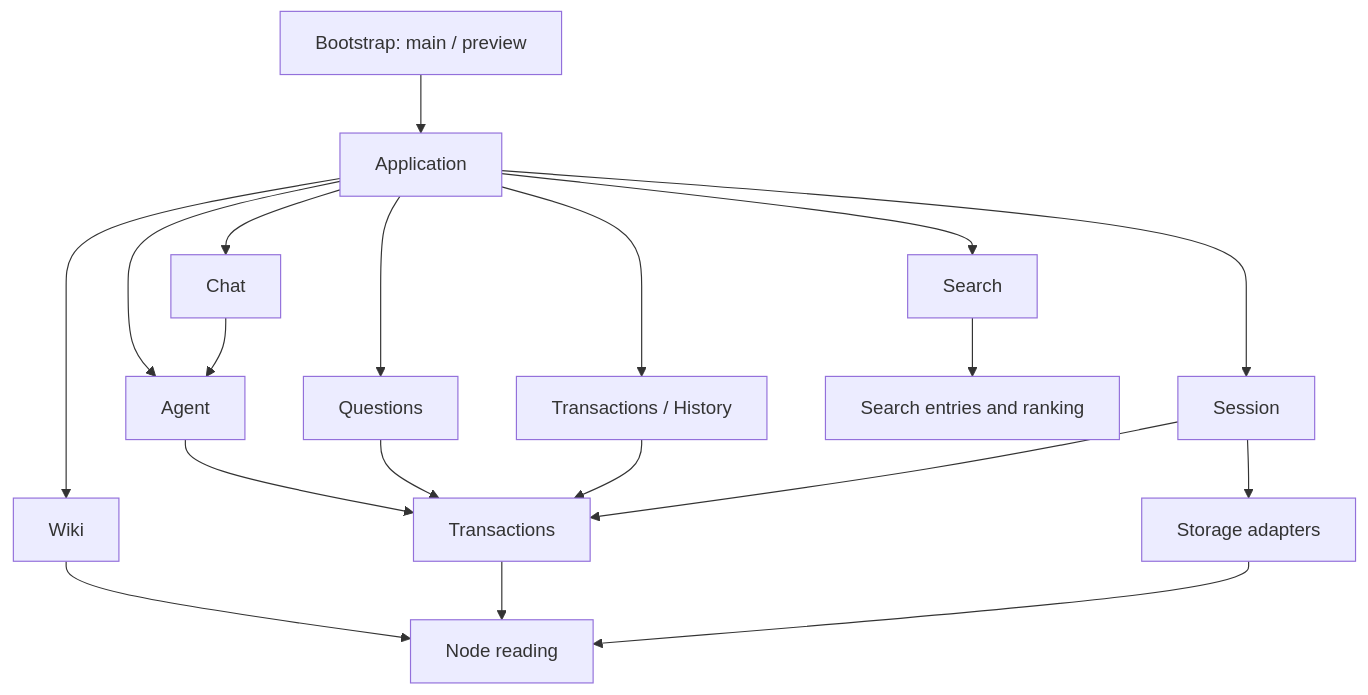
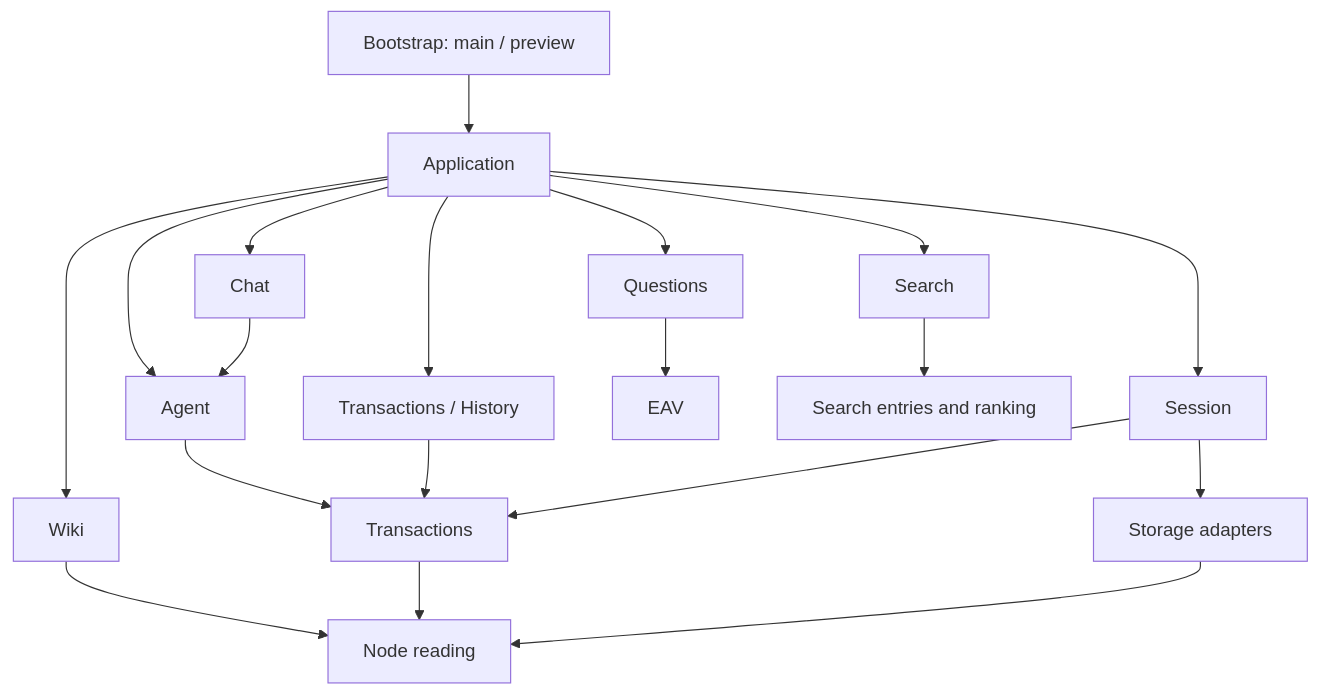
The first of 2 diagrams in ARCHITECTURE.md (JimLundin/vaulter), drawn with Mermaid before and after one commit. The commit also changed other lines of this file and 66 other files, not shown here.

Commit message:
Adopt EAV-only Questions with typed Wiki integration

````diff
--- a/ARCHITECTURE.md
+++ b/ARCHITECTURE.md
@@ -8,21 +8,21 @@
 ```mermaid
 flowchart TD
   Bootstrap[Bootstrap: main / preview] --> Application
   Application --> Agent
   Application --> Chat
   Application --> Wiki
   Application --> Questions
   Application --> Search
   Application --> Session
   Application --> History[Transactions / History]
   Chat --> Agent
   Agent --> Transactions
-  Questions --> Transactions
+  Questions --> EAV
   Wiki --> Nodes[Node reading]
   History --> Transactions
   Transactions --> Nodes
   Session --> Transactions
   Session --> Storage[Storage adapters]
   Storage --> Nodes
   Search --> Entries[Search entries and ranking]
 ```
````
